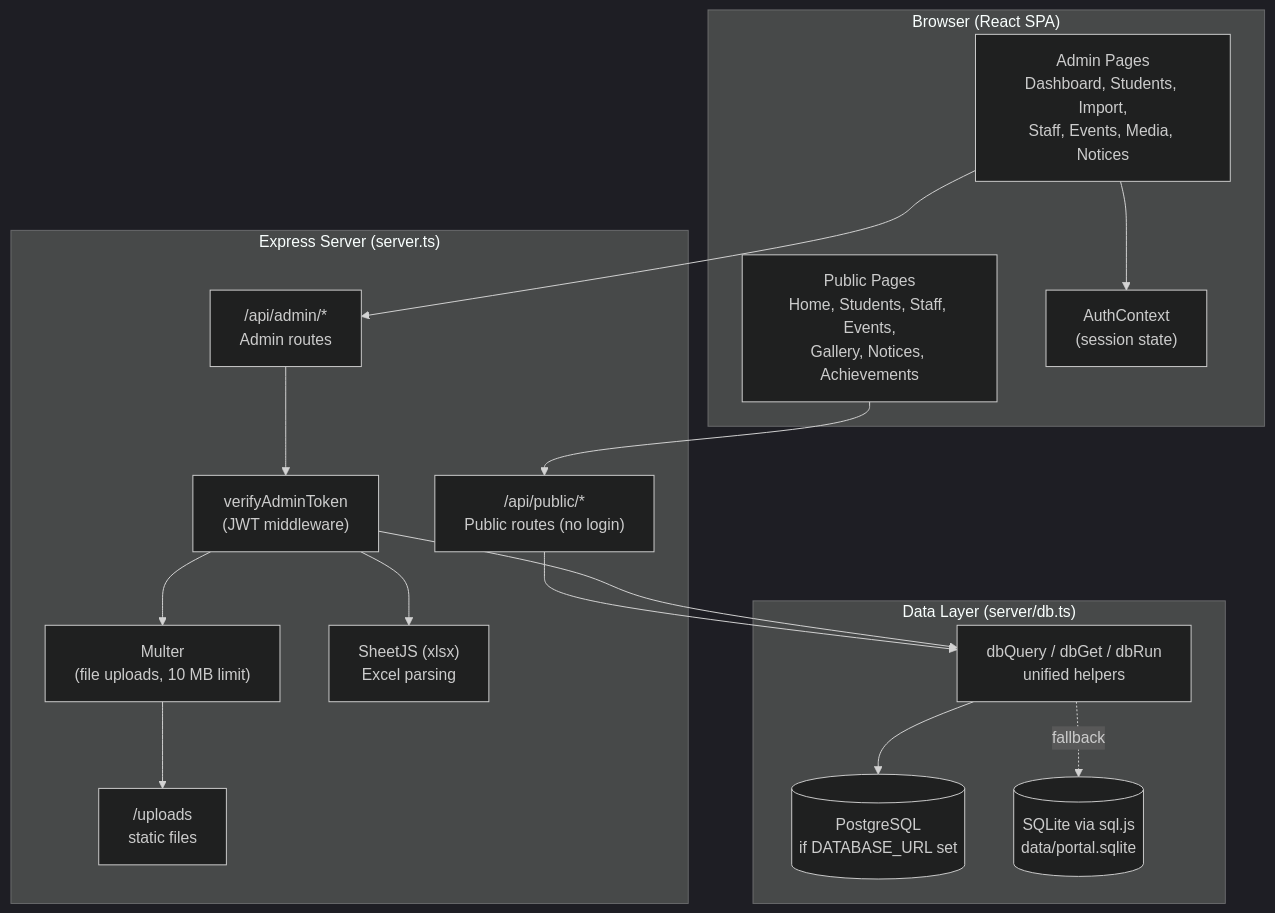
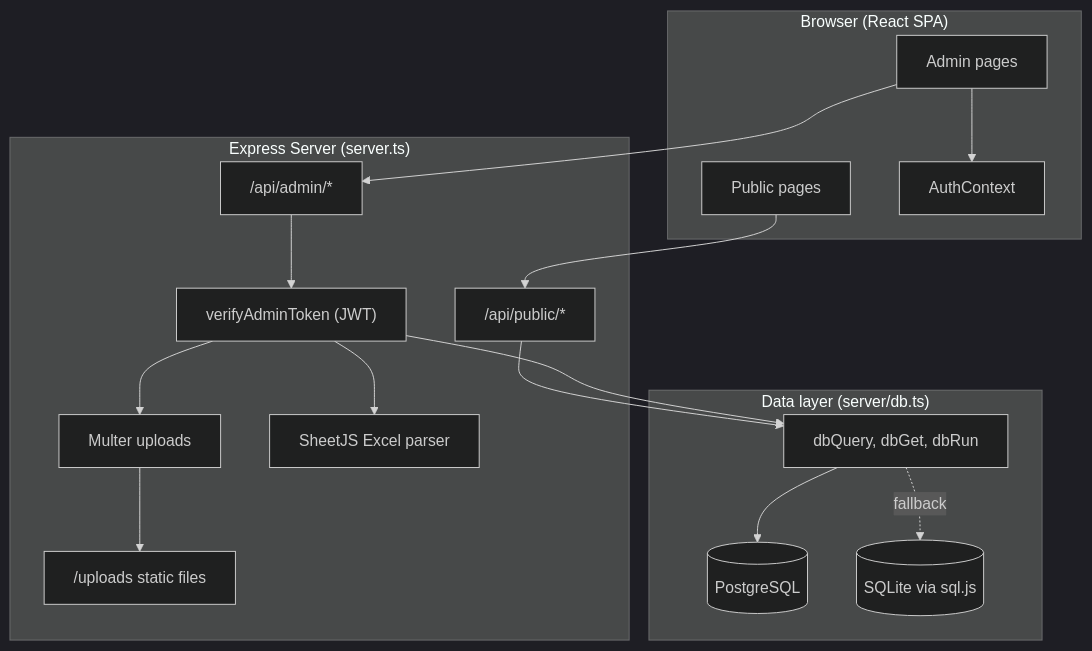
One commit to MahalaxmiKouchika/TSMS-dashboard changed the first of 6 diagrams in README.md. Above: the diagram before and after it, drawn with Mermaid (dark theme). The commit also changed other lines of this file, not shown here.

````diff
--- a/README.md
+++ b/README.md
@@ -60,35 +113,35 @@
 ```mermaid
 flowchart TB
     subgraph Client["Browser (React SPA)"]
-        PUB["Public Pages<br/>Home, Students, Staff, Events,<br/>Gallery, Notices, Achievements"]
-        ADM["Admin Pages<br/>Dashboard, Students, Import,<br/>Staff, Events, Media, Notices"]
-        AUTH["AuthContext<br/>(session state)"]
+        PUB["Public pages"]
+        ADM["Admin pages"]
+        AUTH["AuthContext"]
     end
  
     subgraph Server["Express Server (server.ts)"]
-        PR["/api/public/*<br/>Public routes (no login)"]
-        AR["/api/admin/*<br/>Admin routes"]
-        MW["verifyAdminToken<br/>(JWT middleware)"]
-        UP["Multer<br/>(file uploads, 10 MB limit)"]
-        XL["SheetJS (xlsx)<br/>Excel parsing"]
-        STATIC["/uploads<br/>static files"]
+        PR["/api/public/*"]
+        AR["/api/admin/*"]
+        MW["verifyAdminToken (JWT)"]
+        UP["Multer uploads"]
+        XL["SheetJS Excel parser"]
+        STATIC["/uploads static files"]
     end
  
-    subgraph Data["Data Layer (server/db.ts)"]
-        HELPER["dbQuery / dbGet / dbRun<br/>unified helpers"]
-        PG[("PostgreSQL<br/>if DATABASE_URL set")]
-        SQ[("SQLite via sql.js<br/>data/portal.sqlite")]
+    subgraph Data["Data layer (server/db.ts)"]
+        HELPER["dbQuery, dbGet, dbRun"]
+        PG[("PostgreSQL")]
+        SQ[("SQLite via sql.js")]
     end
  
     PUB --> PR
     ADM --> AUTH
     ADM --> AR
     AR --> MW
     MW --> UP
     MW --> XL
     PR --> HELPER
     MW --> HELPER
     HELPER --> PG
     HELPER -. fallback .-> SQ
     UP --> STATIC
 ```
````
